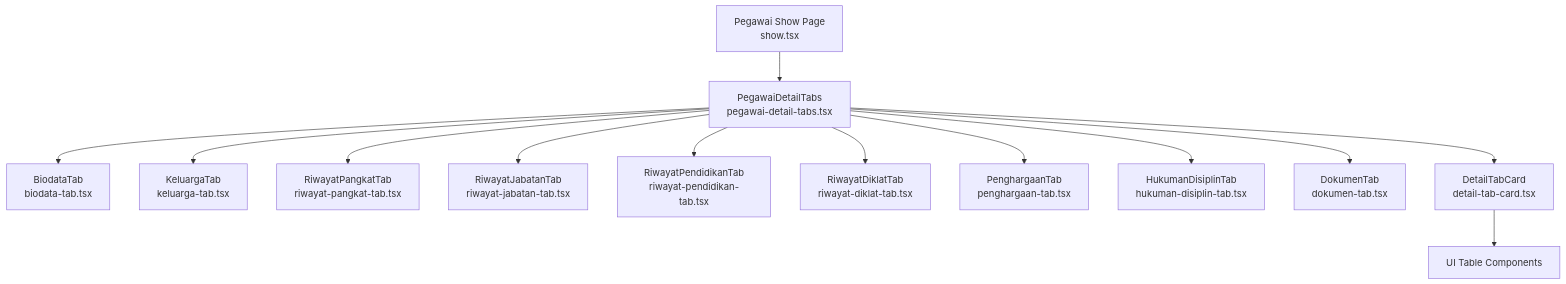
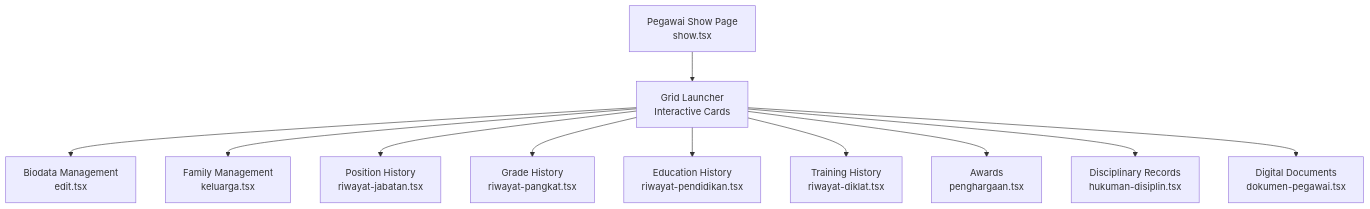
Before and after one commit to PA-Penajam/kepegawaian_apps: the first of 2 diagrams in .qoder/repowiki/en/content/Frontend Architecture/React Component System/Employee Tabs System.md, drawn with Mermaid. The commit also changed other lines of this file and 13 other files, not shown here.

````diff
--- a/.qoder/repowiki/en/content/Frontend Architecture/React Component System/Employee Tabs System.md
+++ b/.qoder/repowiki/en/content/Frontend Architecture/React Component System/Employee Tabs System.md
@@ -42,15 +40,13 @@
 ```mermaid
 graph TB
-ShowPage["Pegawai Show Page<br/>show.tsx"] --> TabsContainer["PegawaiDetailTabs<br/>pegawai-detail-tabs.tsx"]
-TabsContainer --> Biodata["BiodataTab<br/>biodata-tab.tsx"]
-TabsContainer --> Keluarga["KeluargaTab<br/>keluarga-tab.tsx"]
-TabsContainer --> RiwayatPangkat["RiwayatPangkatTab<br/>riwayat-pangkat-tab.tsx"]
-TabsContainer --> RiwayatJabatan["RiwayatJabatanTab<br/>riwayat-jabatan-tab.tsx"]
-TabsContainer --> RiwayatPendidikan["RiwayatPendidikanTab<br/>riwayat-pendidikan-tab.tsx"]
-TabsContainer --> RiwayatDiklat["RiwayatDiklatTab<br/>riwayat-diklat-tab.tsx"]
-TabsContainer --> Penghargaan["PenghargaanTab<br/>penghargaan-tab.tsx"]
-TabsContainer --> Hukuman["HukumanDisiplinTab<br/>hukuman-disiplin-tab.tsx"]
-TabsContainer --> Dokumen["DokumenTab<br/>dokumen-tab.tsx"]
-TabsContainer --> DetailCard["DetailTabCard<br/>detail-tab-card.tsx"]
-DetailCard --> Table["UI Table Components"]
+ShowPage["Pegawai Show Page<br/>show.tsx"] --> GridLauncher["Grid Launcher<br/>Interactive Cards"]
+GridLauncher --> Biodata["Biodata Management<br/>edit.tsx"]
+GridLauncher --> Keluarga["Family Management<br/>keluarga.tsx"]
+GridLauncher --> RiwayatJabatan["Position History<br/>riwayat-jabatan.tsx"]
+GridLauncher --> RiwayatPangkat["Grade History<br/>riwayat-pangkat.tsx"]
+GridLauncher --> RiwayatPendidikan["Education History<br/>riwayat-pendidikan.tsx"]
+GridLauncher --> RiwayatDiklat["Training History<br/>riwayat-diklat.tsx"]
+GridLauncher --> Penghargaan["Awards<br/>penghargaan.tsx"]
+GridLauncher --> Hukuman["Disciplinary Records<br/>hukuman-disiplin.tsx"]
+GridLauncher --> Dokumen["Digital Documents<br/>dokumen-pegawai.tsx"]
 ```
````
